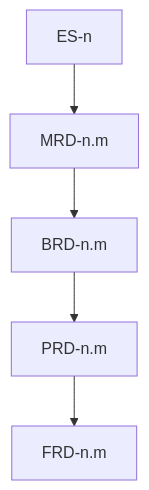
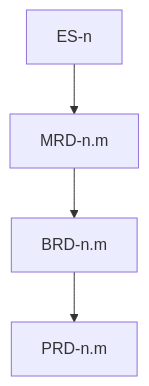
The diagram in plugins/rrraw/skills/rr-planner/refs/cascade.md (rr-agentic-kit/ai-plugins), drawn with Mermaid before and after one commit. The commit also changed other lines of this file and 38 other files, not shown here.

````diff
--- a/plugins/rrraw/skills/rr-planner/refs/cascade.md
+++ b/plugins/rrraw/skills/rr-planner/refs/cascade.md
@@ -23,7 +22,6 @@
 ```mermaid
 flowchart TD
   ES["ES-n"] --> MRD["MRD-n.m"]
   MRD --> BRD["BRD-n.m"]
   BRD --> PRD["PRD-n.m"]
-  PRD --> FRD["FRD-n.m"]
 ```
````
